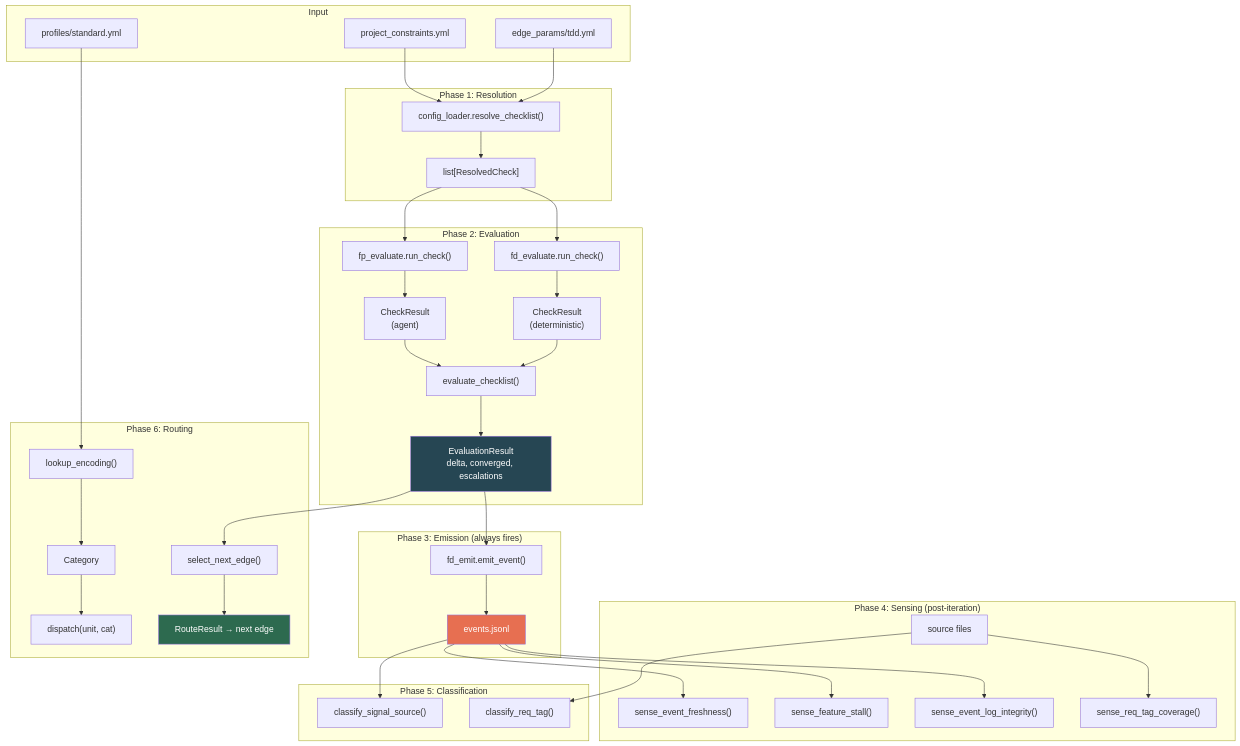
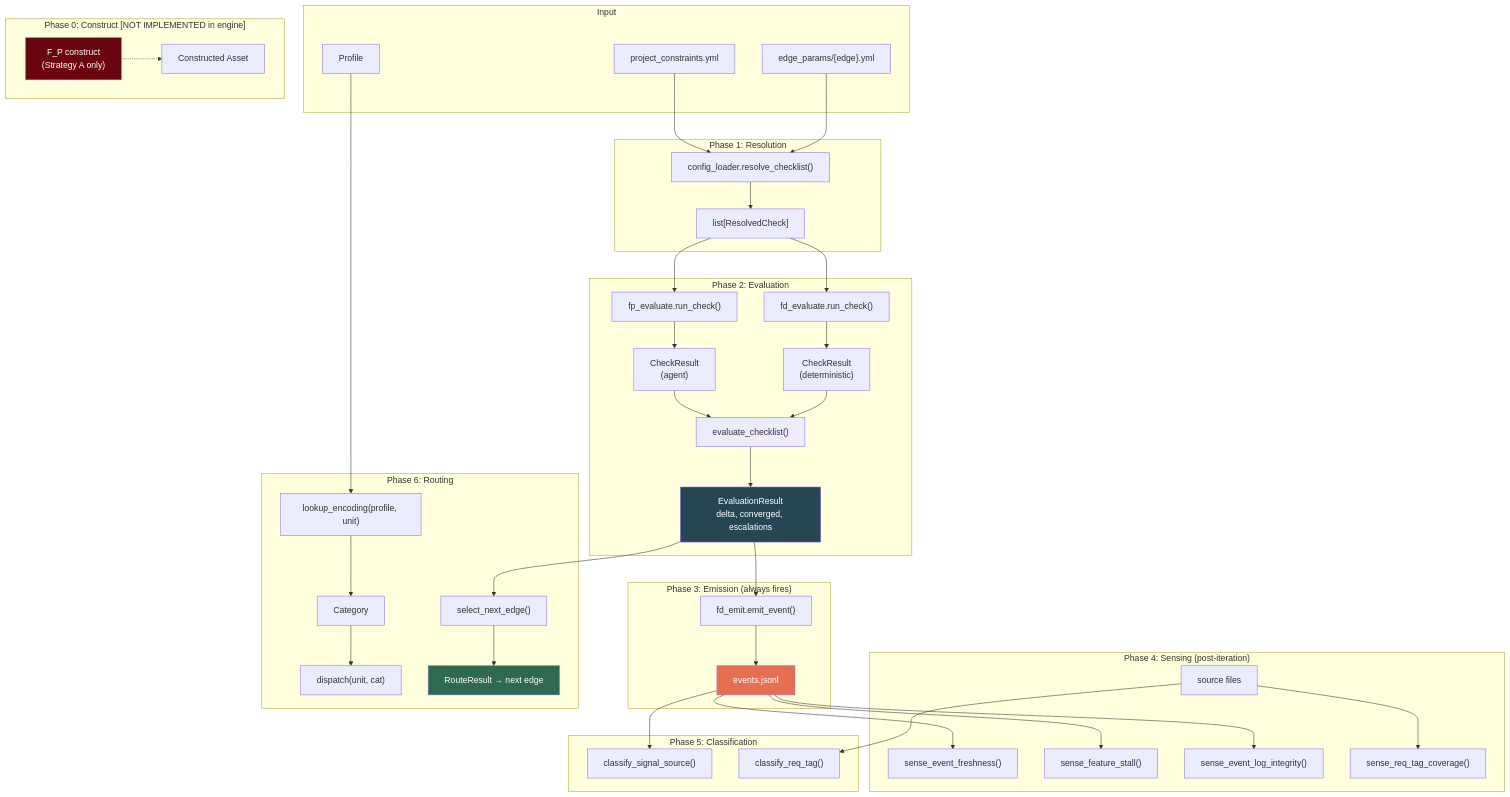
Diagram 18 of 19 in imp_claude/design/FUNCTOR_FRAMEWORK_DESIGN.md (foolishimp/ai_sdlc_method), drawn with Mermaid before and after one commit. The commit also changed other lines of this file, not shown here.

````diff
--- a/imp_claude/design/FUNCTOR_FRAMEWORK_DESIGN.md
+++ b/imp_claude/design/FUNCTOR_FRAMEWORK_DESIGN.md
@@ -913,54 +1099,61 @@
 ```mermaid
 flowchart TD
     subgraph "Input"
-        YAML_E["edge_params/tdd.yml"]
+        YAML_E["edge_params/{edge}.yml"]
         YAML_C["project_constraints.yml"]
-        YAML_P["profiles/standard.yml"]
+        PROF["Profile"]
+    end
+
+    subgraph "Phase 0: Construct [NOT IMPLEMENTED in engine]"
+        CONS["F_P construct<br/>(Strategy A only)"]
+        ASSET["Constructed Asset"]
+        CONS -.-> ASSET
     end
 
     subgraph "Phase 1: Resolution"
         CL["config_loader.resolve_checklist()"]
         YAML_E --> CL
         YAML_C --> CL
         CL --> CHECKS["list[ResolvedCheck]"]
     end
 
     subgraph "Phase 2: Evaluation"
         CHECKS --> FDE["fd_evaluate.run_check()"]
         CHECKS --> FPE["fp_evaluate.run_check()"]
         FDE --> CR1["CheckResult<br/>(deterministic)"]
         FPE --> CR2["CheckResult<br/>(agent)"]
         CR1 --> AGG["evaluate_checklist()"]
         CR2 --> AGG
         AGG --> ER["EvaluationResult<br/>delta, converged, escalations"]
     end
 
     subgraph "Phase 3: Emission (always fires)"
         ER --> EM["fd_emit.emit_event()"]
         EM --> JSONL["events.jsonl"]
     end
 
     subgraph "Phase 4: Sensing (post-iteration)"
         JSONL --> SF["sense_event_freshness()"]
         JSONL --> SS["sense_feature_stall()"]
         JSONL --> SI["sense_event_log_integrity()"]
         SRC["source files"] --> SC["sense_req_tag_coverage()"]
     end
 
     subgraph "Phase 5: Classification"
         JSONL --> CSC["classify_signal_source()"]
         SRC --> CRT["classify_req_tag()"]
     end
 
     subgraph "Phase 6: Routing"
-        YAML_P --> LE["lookup_encoding()"]
+        PROF --> LE["lookup_encoding(profile, unit)"]
         LE --> CAT["Category"]
         CAT --> DIS["dispatch(unit, cat)"]
         ER --> SNE["select_next_edge()"]
         SNE --> RR["RouteResult → next edge"]
     end
 
     style ER fill:#264653,color:#fff
     style JSONL fill:#e76f51,color:#fff
     style RR fill:#2d6a4f,color:#fff
+    style CONS fill:#6a040f,color:#fff
 ```
````
